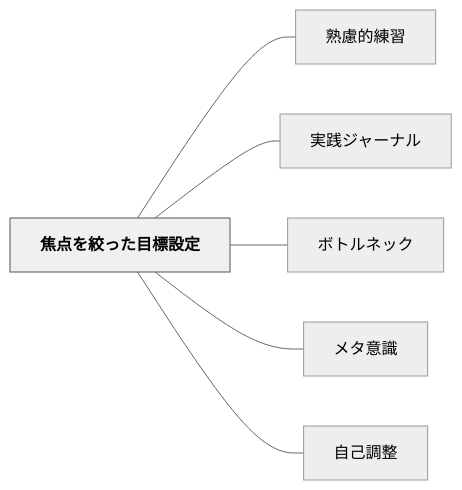
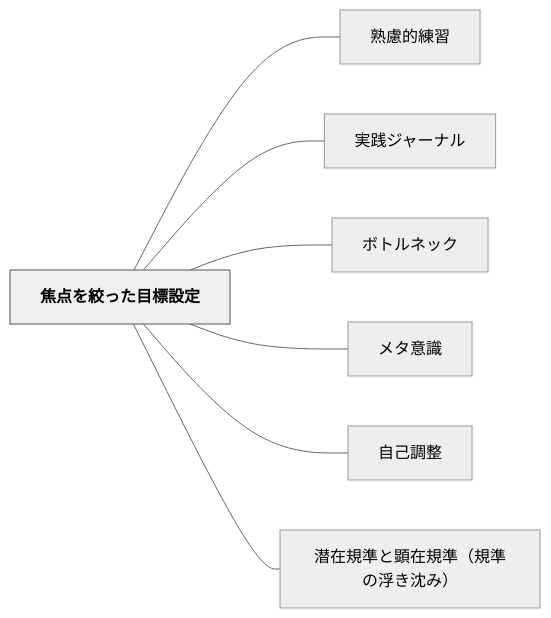
Before and after one commit to unknownthings-ed-patterns/unknownthings-ed-patterns: the diagram in content/パタン/焦点を絞った目標設定.md, drawn with Mermaid (neutral theme). The commit also changed other lines of this file and 42 other files, not shown here.

````diff
--- a/content/パタン/焦点を絞った目標設定.md
+++ b/content/パタン/焦点を絞った目標設定.md
@@ -51,18 +51,20 @@
 ```mermaid
 flowchart LR
     ne784a6e782b9e38292e7b59ee381a3e3819fe79baee6a899e8a8ade5ae9a["焦点を絞った目標設定"]
     ne7869fe685aee79a84e7b7b4e7bf92["熟慮的練習"]
     ne5ae9fe8b7b5e382b8e383a3e383bce3838ae383ab["実践ジャーナル"]
     ne3839ce38388e383abe3838de38383e382af["ボトルネック"]
     ne383a1e382bfe6848fe8ad98["メタ意識"]
     ne887aae5b7b1e8aabfe695b4["自己調整"]
+    ne6bd9ce59ca8e8a68fe6ba96e381a8e9a195e59ca8e8a68fe6ba96efbc88e8a68fe6ba96e381aee6b5aee3818de6b288e381bfefbc89["潜在規準と顕在規準（規準の浮き沈み）"]
 
     ne784a6e782b9e38292e7b59ee381a3e3819fe79baee6a899e8a8ade5ae9a --- ne7869fe685aee79a84e7b7b4e7bf92
     ne784a6e782b9e38292e7b59ee381a3e3819fe79baee6a899e8a8ade5ae9a --- ne5ae9fe8b7b5e382b8e383a3e383bce3838ae383ab
     ne784a6e782b9e38292e7b59ee381a3e3819fe79baee6a899e8a8ade5ae9a --- ne3839ce38388e383abe3838de38383e382af
     ne784a6e782b9e38292e7b59ee381a3e3819fe79baee6a899e8a8ade5ae9a --- ne383a1e382bfe6848fe8ad98
     ne784a6e782b9e38292e7b59ee381a3e3819fe79baee6a899e8a8ade5ae9a --- ne887aae5b7b1e8aabfe695b4
+    ne784a6e782b9e38292e7b59ee381a3e3819fe79baee6a899e8a8ade5ae9a --- ne6bd9ce59ca8e8a68fe6ba96e381a8e9a195e59ca8e8a68fe6ba96efbc88e8a68fe6ba96e381aee6b5aee3818de6b288e381bfefbc89
 
     classDef hub fill:#f0f0f0,stroke:#555,color:#000,font-weight:bold
     class ne784a6e782b9e38292e7b59ee381a3e3819fe79baee6a899e8a8ade5ae9a hub
 ```
````
